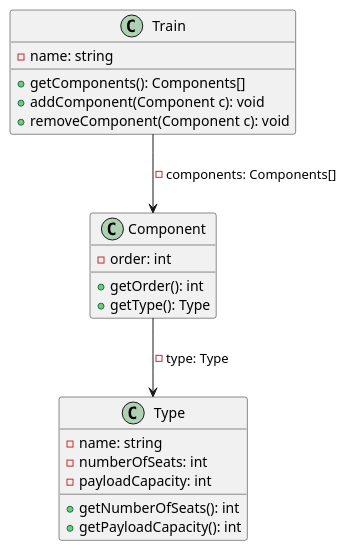
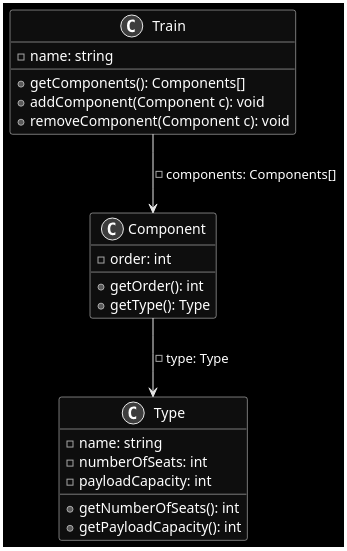
Before and after one commit to LSVH/hbo-ict-pafr-rich-rail: the diagram in README.md, drawn with PlantUML.

Commit message:
Change class diagram to black and white

````diff
--- a/README.md
+++ b/README.md
@@ -31,27 +31,27 @@
 ```plantuml:simpel-klassendiagram
-skinparam backgroundColor #FFFFFF
+skinparam monochrome reverse
 
 class Train {
   - name: string
   + getComponents(): Components[]
   + addComponent(Component c): void
   + removeComponent(Component c): void
 }
 
 class Type {
   - name: string
   - numberOfSeats: int
   - payloadCapacity: int
   + getNumberOfSeats(): int
   + getPayloadCapacity(): int
 }
 
 class Component {
   - order: int
   + getOrder(): int
   + getType(): Type
 }
 
 Train --> Component: - components: Components[]
 Component --> Type: - type: Type
 ```
````
